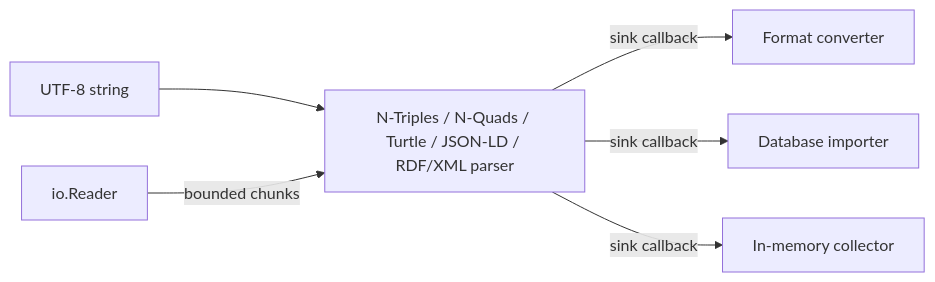
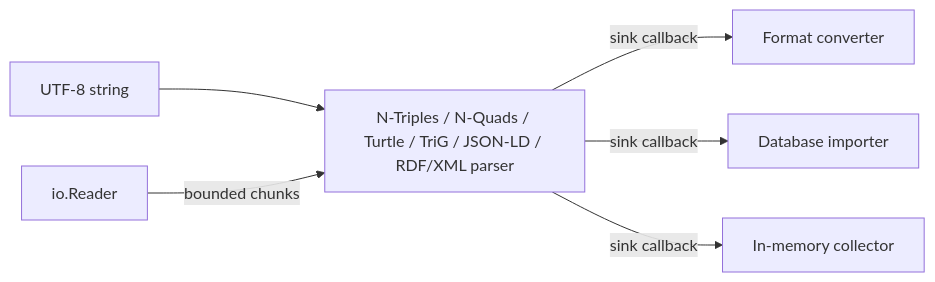
Before and after one commit to crapthings/odin-rdf: the diagram in README.md, drawn with Mermaid. The commit also changed other lines of this file and 24 other files, not shown here.

````diff
--- a/README.md
+++ b/README.md
@@ -37,8 +38,8 @@
 ```mermaid
 flowchart LR
-    Memory[UTF-8 string] --> Parser[N-Triples / N-Quads / Turtle / JSON-LD / RDF/XML parser]
+    Memory[UTF-8 string] --> Parser[N-Triples / N-Quads / Turtle / TriG / JSON-LD / RDF/XML parser]
     Reader[io.Reader] -->|bounded chunks| Parser
     Parser -->|sink callback| Converter[Format converter]
     Parser -->|sink callback| Database[Database importer]
     Parser -->|sink callback| Collector[In-memory collector]
 ```
````
